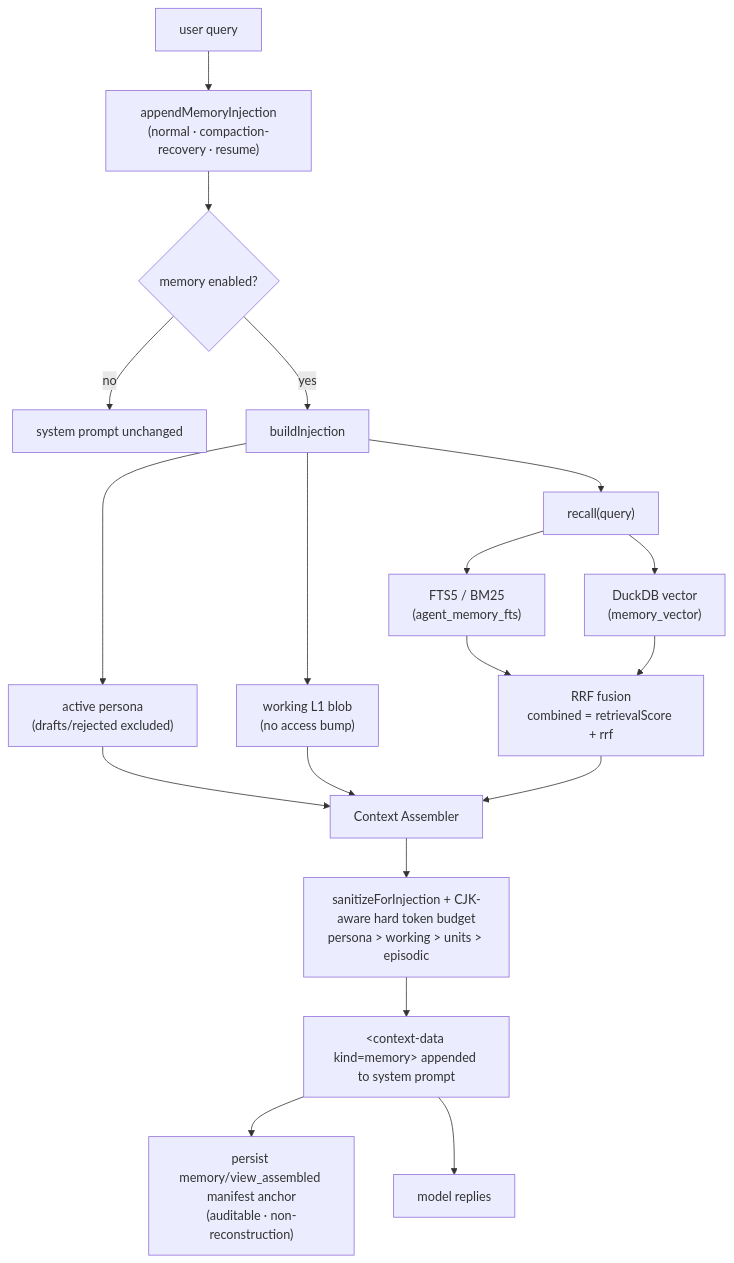
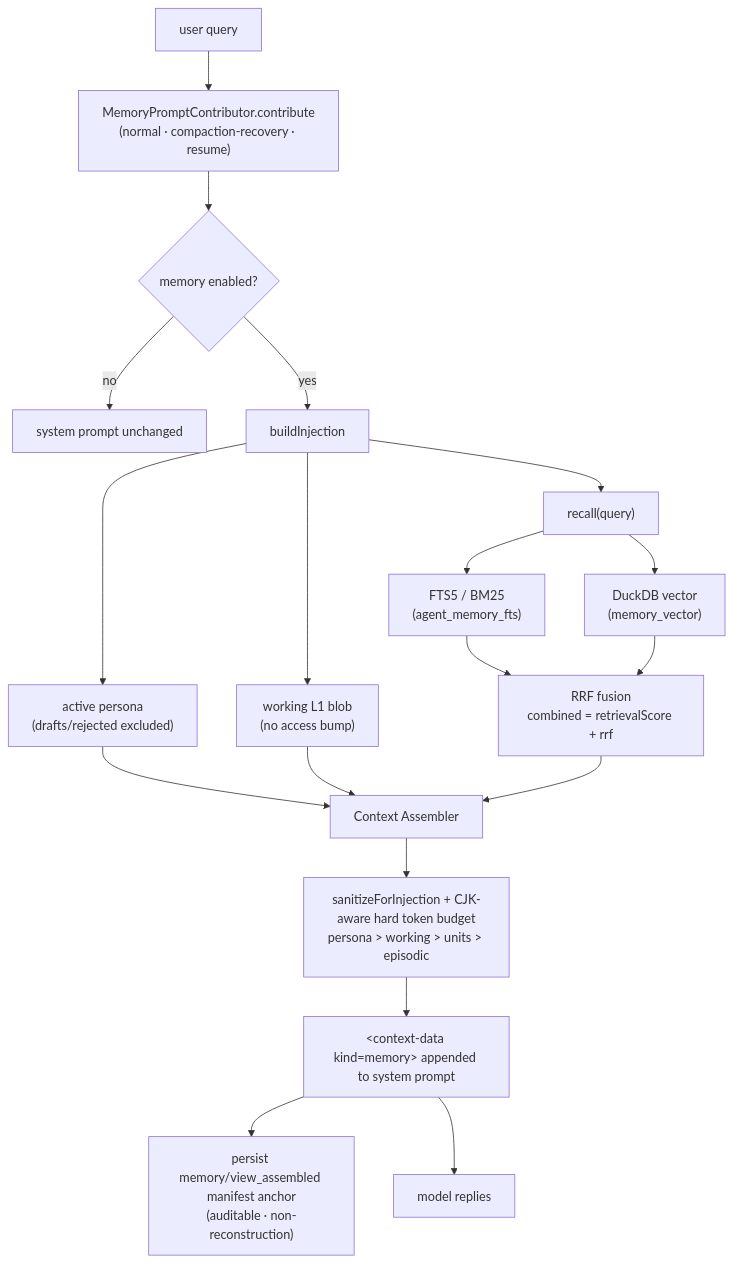
Before and after one commit to zerob13/deepchat: the third of 6 diagrams in docs/architecture/agent-memory-system/spec.md, drawn with Mermaid. The commit also changed other lines of this file and 468 other files, not shown here.

````diff
--- a/docs/architecture/agent-memory-system/spec.md
+++ b/docs/architecture/agent-memory-system/spec.md
@@ -272,21 +284,21 @@
 ```mermaid
 flowchart TD
-  Q[user query] --> AP["appendMemoryInjection<br/>(normal · compaction-recovery · resume)"]
+  Q[user query] --> AP["MemoryPromptContributor.contribute<br/>(normal · compaction-recovery · resume)"]
   AP --> EN{memory enabled?}
   EN -- no --> SP0[system prompt unchanged]
   EN -- yes --> BI[buildInjection]
   BI --> PE["active persona<br/>(drafts/rejected excluded)"]
   BI --> WM["working L1 blob<br/>(no access bump)"]
   BI --> RC["recall(query)"]
   RC --> FTS["FTS5 / BM25<br/>(agent_memory_fts)"]
   RC --> VEC["DuckDB vector<br/>(memory_vector)"]
   FTS --> RRF["RRF fusion<br/>combined = retrievalScore + rrf"]
   VEC --> RRF
   PE --> CA[Context Assembler]
   WM --> CA
   RRF --> CA
   CA --> SANI["sanitizeForInjection + CJK-aware hard token budget<br/>persona &gt; working &gt; units &gt; episodic"]
   SANI --> INJ["&lt;context-data kind=memory&gt; appended to system prompt"]
   INJ --> MAN["persist memory/view_assembled manifest anchor<br/>(auditable · non-reconstruction)"]
   INJ --> LLM[model replies]
 ```
````
